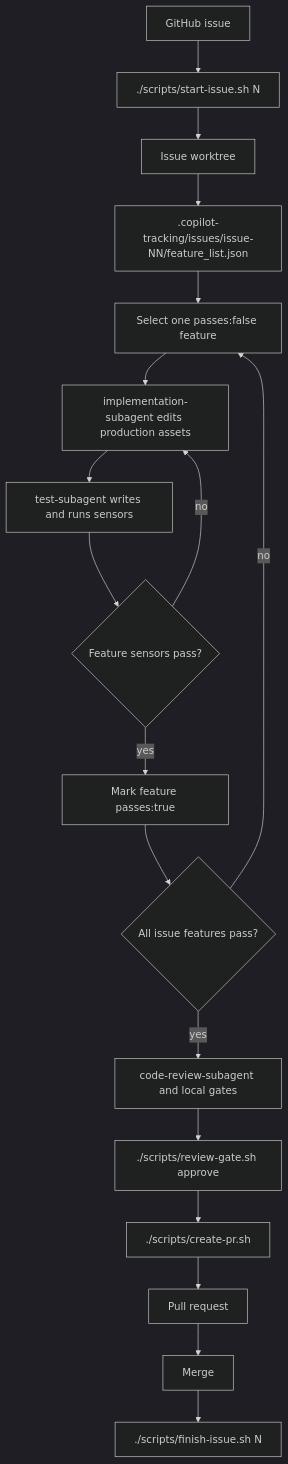
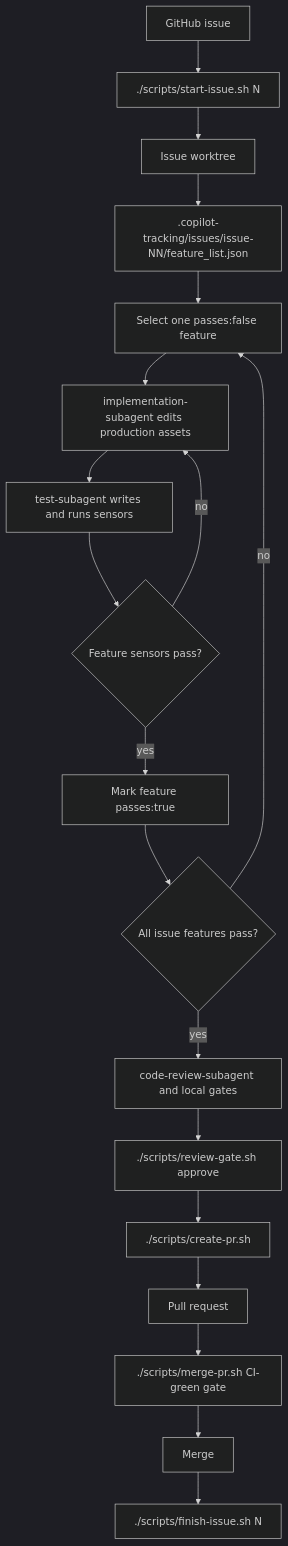
The diagram in docs/HARNESS.md (weijen/agent-delivery-harness), drawn with Mermaid (dark theme) before and after one commit. The commit also changed other lines of this file and 9 other files, not shown here.

First line of the commit message:
feat: gate merge on green CI in harness smoke

````diff
--- a/docs/HARNESS.md
+++ b/docs/HARNESS.md
@@ -12,20 +12,21 @@
 ```mermaid
 flowchart TD
   A[GitHub issue] --> B[./scripts/start-issue.sh N]
   B --> C[Issue worktree]
   C --> D[.copilot-tracking/issues/issue-NN/feature_list.json]
   D --> E[Select one passes:false feature]
   E --> F[implementation-subagent edits production assets]
   F --> G[test-subagent writes and runs sensors]
   G --> H{Feature sensors pass?}
   H -- no --> F
   H -- yes --> I[Mark feature passes:true]
   I --> J{All issue features pass?}
   J -- no --> E
   J -- yes --> K[code-review-subagent and local gates]
   K --> L[./scripts/review-gate.sh approve]
   L --> M[./scripts/create-pr.sh]
   M --> N[Pull request]
-  N --> O[Merge]
+  N --> Q[./scripts/merge-pr.sh CI-green gate]
+  Q --> O[Merge]
   O --> P[./scripts/finish-issue.sh N]
 ```
````
